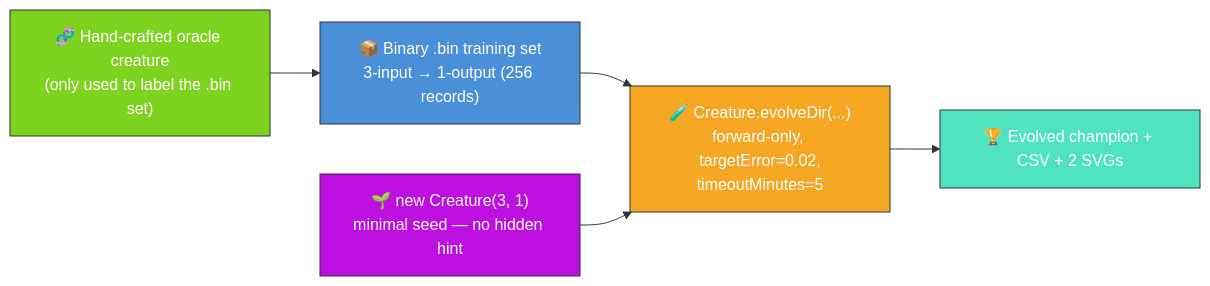
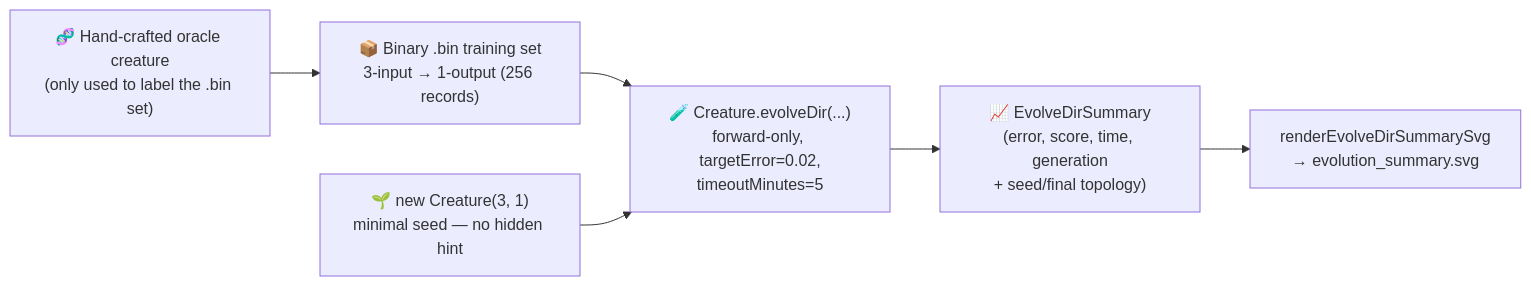
One commit to stSoftwareAU/NEAT-AI-Examples changed the second of 2 diagrams in mcmc_acceptance/README.md. Above: the diagram before and after it, drawn with Mermaid. The commit also changed other lines of this file and 34 other files, not shown here.

````diff
--- a/mcmc_acceptance/README.md
+++ b/mcmc_acceptance/README.md
@@ -100,17 +98,14 @@
 ```mermaid
 flowchart LR
     ORACLE["🧬 Hand-crafted oracle creature<br/>(only used to label the .bin set)"]
     DATA["📦 Binary .bin training set<br/>3-input → 1-output (256 records)"]
     SEED["🌱 new Creature(3, 1)<br/>minimal seed — no hidden hint"]
     EVOLVE["🧪 Creature.evolveDir(...)<br/>forward-only, targetError=0.02,<br/>timeoutMinutes=5"]
-    OUT["🏆 Evolved champion + CSV + 2 SVGs"]
+    SUM["📈 EvolveDirSummary<br/>(error, score, time, generation<br/>+ seed/final topology)"]
+    SVG["renderEvolveDirSummarySvg<br/>→ evolution_summary.svg"]
     ORACLE --> DATA
     DATA --> EVOLVE
     SEED --> EVOLVE
-    EVOLVE --> OUT
-    style ORACLE fill:#7ed321,stroke:#333,color:#fff
-    style DATA fill:#4a90d9,stroke:#333,color:#fff
-    style SEED fill:#bd10e0,stroke:#333,color:#fff
-    style EVOLVE fill:#f5a623,stroke:#333,color:#fff
-    style OUT fill:#50e3c2,stroke:#333,color:#fff
+    EVOLVE --> SUM
+    SUM --> SVG
 ```
````
